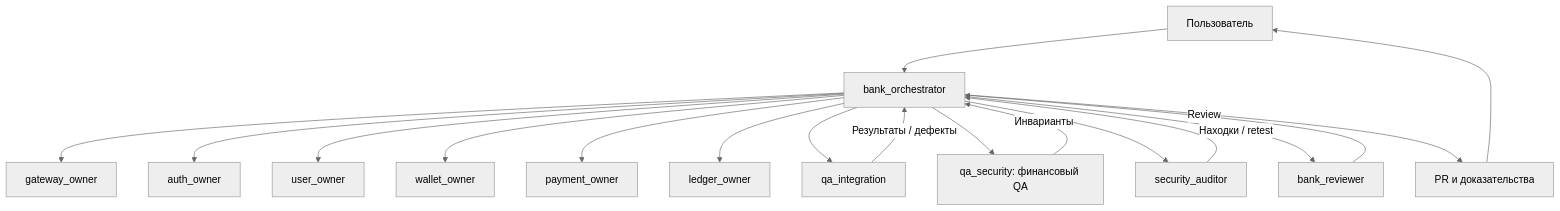
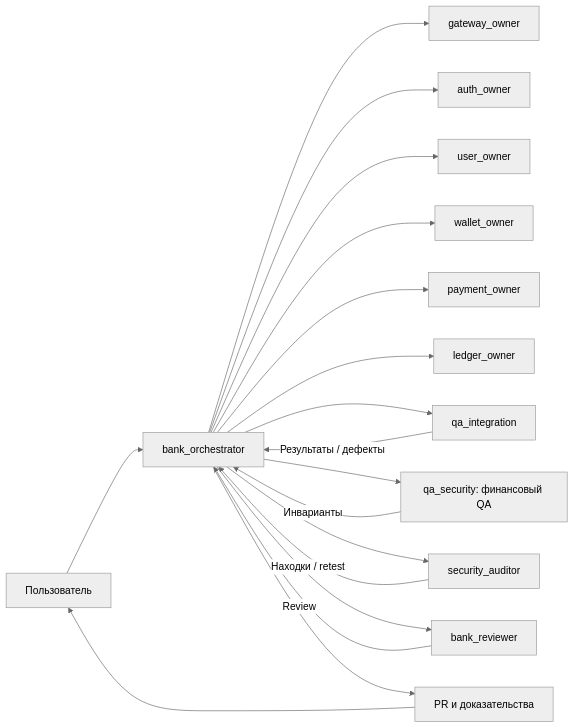
One commit to aarbabaev/ArMoney changed the eighth of 11 diagrams in ARCHITECTURE.md. Above: the diagram before and after it, drawn with Mermaid (neutral theme). The commit also changed other lines of this file, not shown here.

Commit message:
Improve readability of agent team diagram

````diff
--- a/ARCHITECTURE.md
+++ b/ARCHITECTURE.md
@@ -267,20 +267,20 @@
 ```mermaid
-flowchart TB
+flowchart LR
     H["Пользователь"] --> O["bank_orchestrator"]
     O --> G["gateway_owner"]
     O --> A["auth_owner"]
     O --> U["user_owner"]
     O --> W["wallet_owner"]
     O --> P["payment_owner"]
     O --> L["ledger_owner"]
     O --> QI["qa_integration"]
     O --> QF["qa_security: финансовый QA"]
     O --> S["security_auditor"]
     O --> R["bank_reviewer"]
     QI -->|"Результаты / дефекты"| O
     QF -->|"Инварианты"| O
     S -->|"Находки / retest"| O
     R -->|"Review"| O
     O --> PR["PR и доказательства"]
     PR --> H
 ```
````
